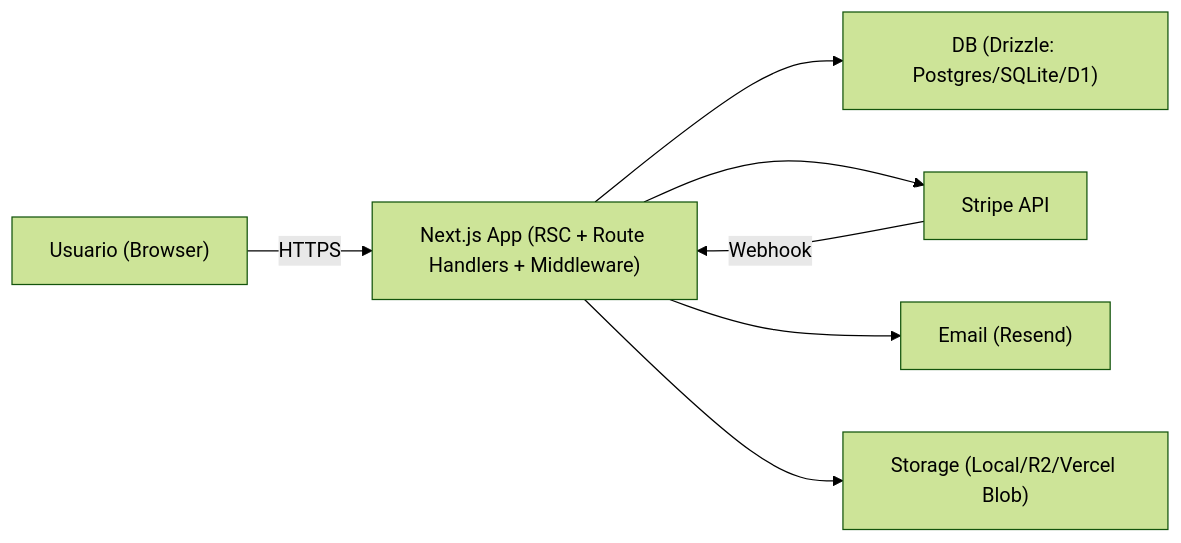
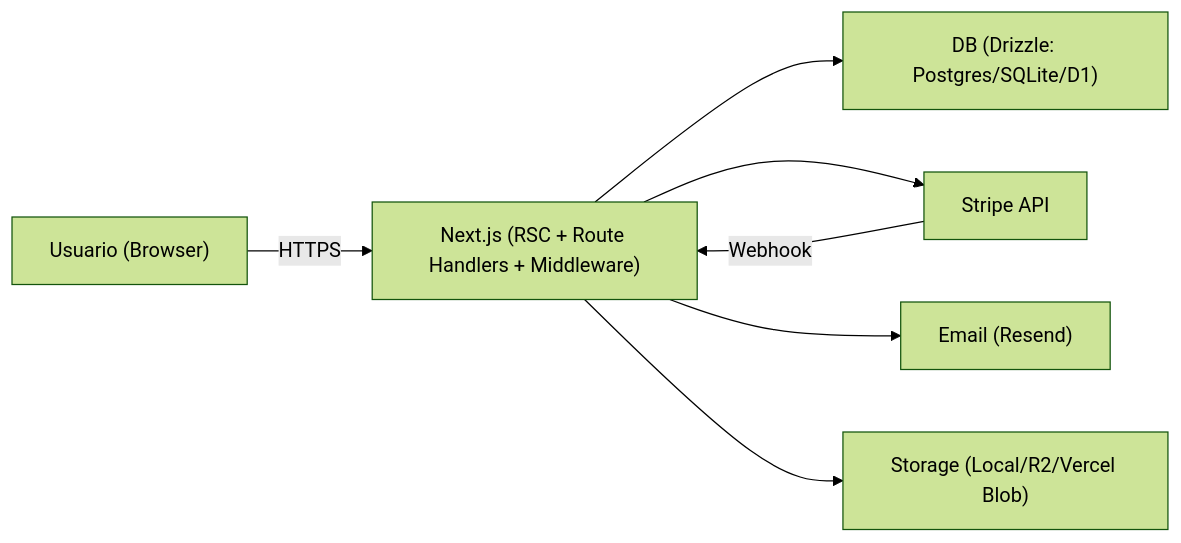
Before and after one commit to mneves75/ai-guiademilhas-roteiro-inteligente: the diagram in relatorio_seguranca.pt-br.md, drawn with Mermaid (forest theme). The commit also changed other lines of this file and 6 other files, not shown here.

````diff
--- a/relatorio_seguranca.pt-br.md
+++ b/relatorio_seguranca.pt-br.md
@@ -44,9 +45,9 @@
 ```mermaid
 flowchart LR
-  U["Usuario (Browser)"] -->|HTTPS| N["Next.js App (RSC + Route Handlers + Middleware)"]
+  U["Usuario (Browser)"] -->|HTTPS| N["Next.js (RSC + Route Handlers + Middleware)"]
   N --> DB["DB (Drizzle: Postgres/SQLite/D1)"]
   N --> S["Stripe API"]
   N --> E["Email (Resend)"]
   N --> ST["Storage (Local/R2/Vercel Blob)"]
   S -->|Webhook| N
 ```
````
